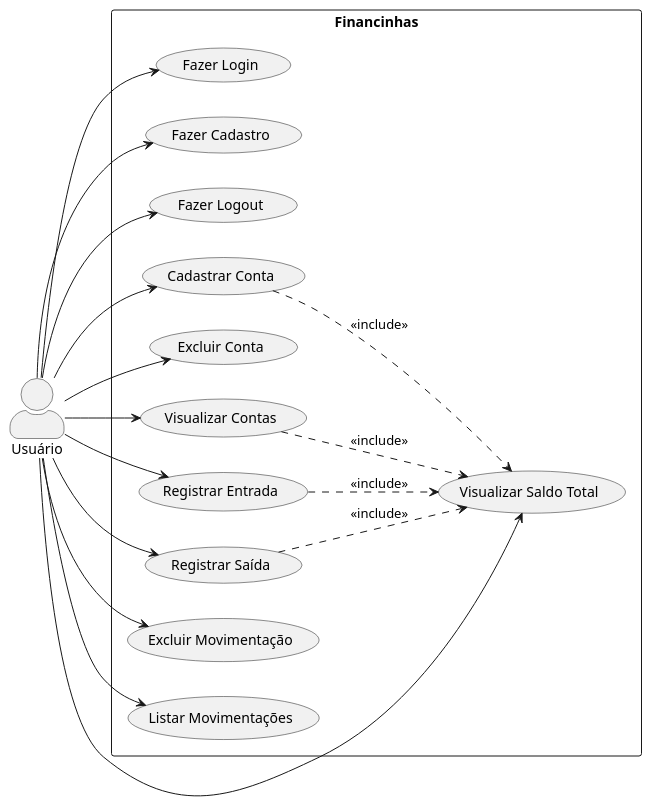
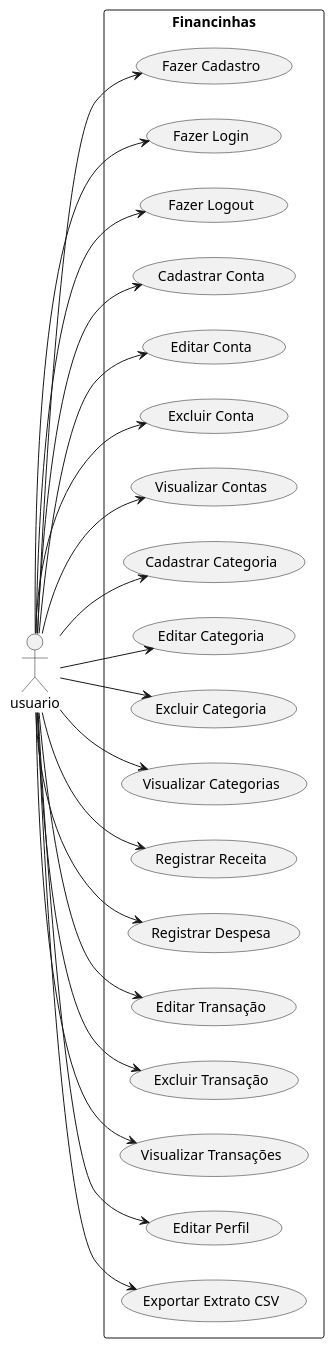
The diagram in docs/use-case.puml (m4iz44/saddaddsasdds), drawn with PlantUML before and after one commit. The commit also changed 26 other files, not shown here.

```diff
--- a/docs/use-case.puml
+++ b/docs/use-case.puml
@@ -1,49 +1,45 @@
 @startuml
-' ============================================
-' FINANCINHAS - DIAGRAMA DE CASOS DE USO
-' ============================================
 left to right direction
-skinparam packageStyle rectangle
-skinparam actorStyle awesome
 
-actor "Usuário" as user
+actor usuario as u
 
 rectangle "Financinhas" {
- 
- ' ========== MÓDULO DE AUTENTICAÇÃO ==========
- usecase "Fazer Login" as UC01
- usecase "Fazer Cadastro" as UC02
- usecase "Fazer Logout" as UC03
- 
- ' ========== MÓDULO DE CONTAS ==========
- usecase "Cadastrar Conta" as UC04
- usecase "Excluir Conta" as UC05
- usecase "Visualizar Contas" as UC06
- usecase "Visualizar Saldo Total" as UC07
- 
- ' ========== MÓDULO DE MOVIMENTAÇÕES ==========
- usecase "Registrar Entrada" as UC08
- usecase "Registrar Saída" as UC09
- usecase "Excluir Movimentação" as UC10
- usecase "Listar Movimentações" as UC11
- 
- ' ========== RELACIONAMENTOS ==========
- user --> UC01
- user --> UC02
- user --> UC03
- user --> UC04
- user --> UC05
- user --> UC06
- user --> UC07
- user --> UC08
- user --> UC09
- user --> UC10
- user --> UC11
- 
- ' ========== INCLUDES ==========
- UC04 ..> UC07 : <<include>>
- UC06 ..> UC07 : <<include>>
- UC08 ..> UC07 : <<include>>
- UC09 ..> UC07 : <<include>>
+  usecase "Fazer Cadastro" as UC1
+  usecase "Fazer Login" as UC2
+  usecase "Fazer Logout" as UC3
+  usecase "Cadastrar Conta" as UC4
+  usecase "Editar Conta" as UC5
+  usecase "Excluir Conta" as UC6
+  usecase "Visualizar Contas" as UC7
+  usecase "Cadastrar Categoria" as UC8
+  usecase "Editar Categoria" as UC9
+  usecase "Excluir Categoria" as UC10
+  usecase "Visualizar Categorias" as UC11
+  usecase "Registrar Receita" as UC12
+  usecase "Registrar Despesa" as UC13
+  usecase "Editar Transação" as UC14
+  usecase "Excluir Transação" as UC15
+  usecase "Visualizar Transações" as UC16
+  usecase "Editar Perfil" as UC17
+  usecase "Exportar Extrato CSV" as UC18
 }
+
+u --> UC1
+u --> UC2
+u --> UC3
+u --> UC4
+u --> UC5
+u --> UC6
+u --> UC7
+u --> UC8
+u --> UC9
+u --> UC10
+u --> UC11
+u --> UC12
+u --> UC13
+u --> UC14
+u --> UC15
+u --> UC16
+u --> UC17
+u --> UC18
 @enduml
```
